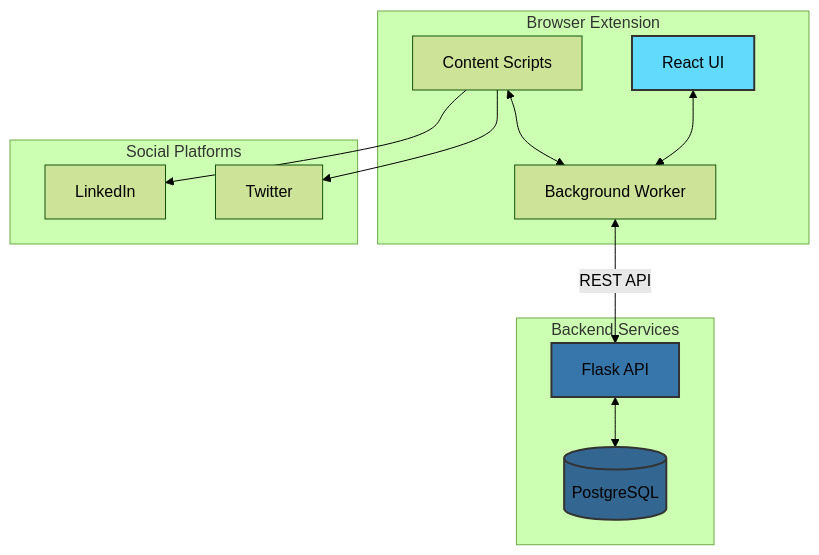
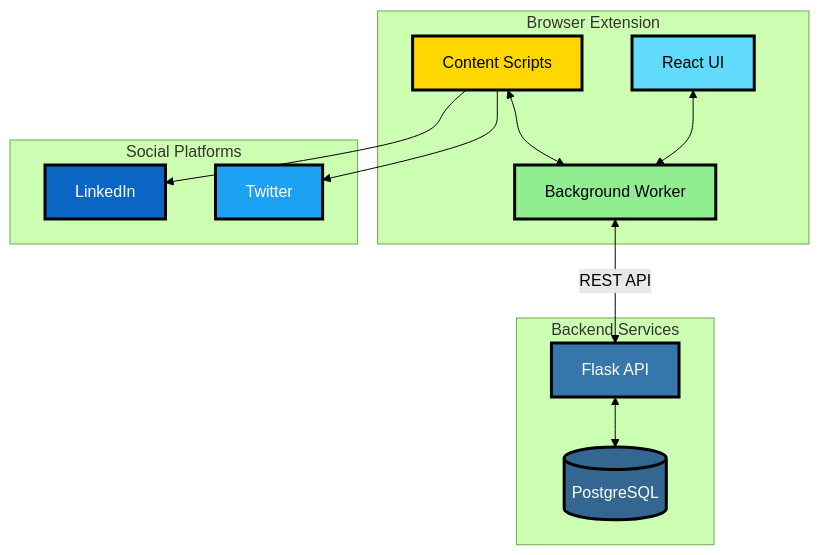
Before and after one commit to CannerAI/CannerAI: the diagram in README.md, drawn with Mermaid (forest theme). The commit also changed 1 other file, not shown here.

Commit message:
fix: Improve diagram color contrast and visibility
- Enhanced color contrast with darker borders (stroke-width: 3px)
- Added explicit text colors for better readability
- Light backgrounds now have black text (color:#000)
- Dark backgrounds now have white text (color:#fff)
- Fixed both README.md and ARCHITECTURE.md diagrams

````diff
--- a/README.md
+++ b/README.md
@@ -18,29 +18,33 @@
 ```mermaid
 graph TB
     subgraph "Browser Extension"
         UI[React UI]
         CS[Content Scripts]
         BG[Background Worker]
     end
     
     subgraph "Backend Services"
         API[Flask API]
         DB[(PostgreSQL)]
     end
     
     subgraph "Social Platforms"
         LI[LinkedIn]
         TW[Twitter]
     end
     
     UI <--> BG
     CS --> LI
     CS --> TW
     CS <--> BG
     BG <-->|REST API| API
     API <--> DB
     
-    style UI fill:#61dafb,stroke:#333,stroke-width:2px
-    style API fill:#3776ab,stroke:#333,stroke-width:2px
-    style DB fill:#336791,stroke:#333,stroke-width:2px
+    style UI fill:#61dafb,stroke:#000,stroke-width:3px,color:#000
+    style API fill:#3776ab,stroke:#000,stroke-width:3px,color:#fff
+    style DB fill:#336791,stroke:#000,stroke-width:3px,color:#fff
+    style CS fill:#ffd700,stroke:#000,stroke-width:3px,color:#000
+    style BG fill:#90ee90,stroke:#000,stroke-width:3px,color:#000
+    style LI fill:#0a66c2,stroke:#000,stroke-width:3px,color:#fff
+    style TW fill:#1da1f2,stroke:#000,stroke-width:3px,color:#fff
 ```
````
